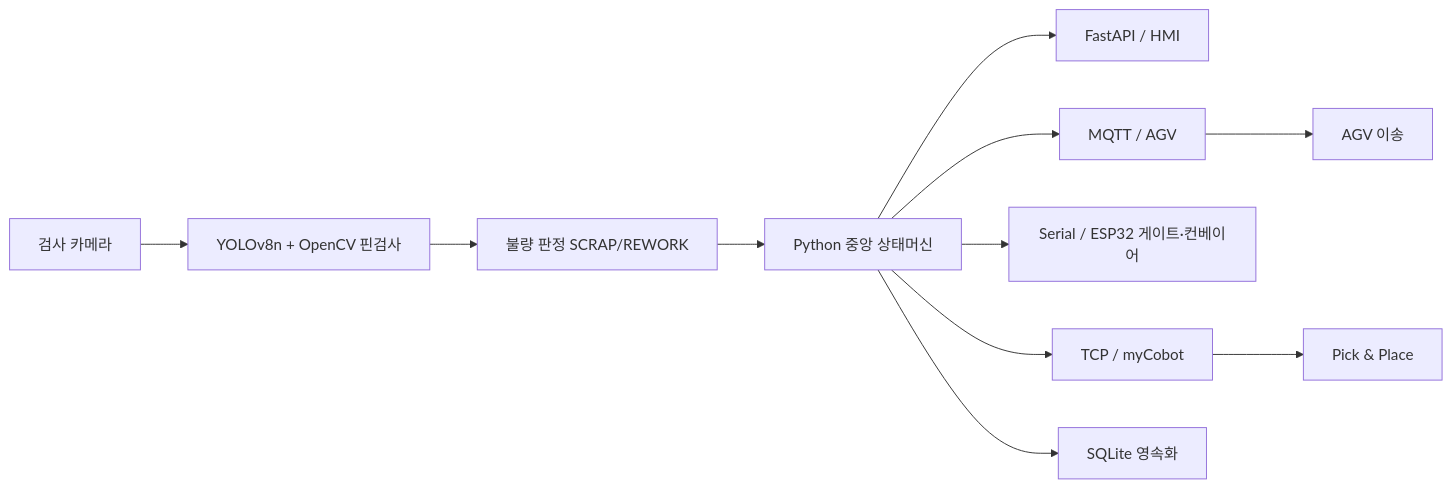
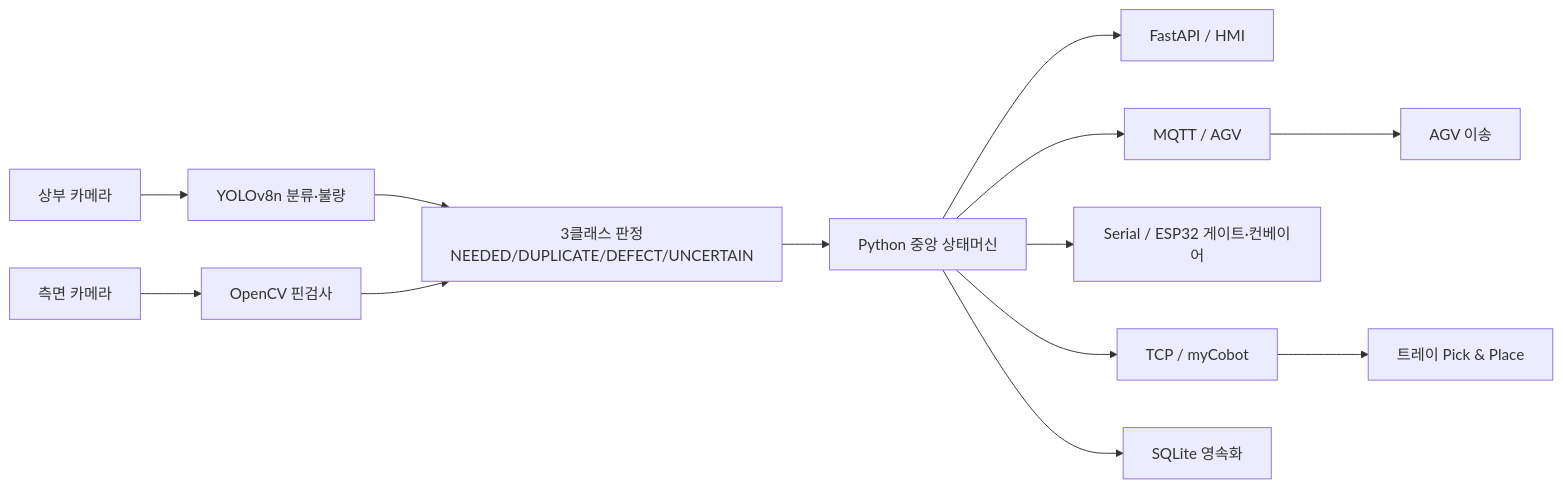
Before and after one commit to jaeni01/VisiPick: the diagram in README.md, drawn with Mermaid. The commit also changed other lines of this file, not shown here.

````diff
--- a/README.md
+++ b/README.md
@@ -47,13 +49,15 @@
 ```mermaid
 flowchart LR
-  CAM["검사 카메라"] --> VISION["YOLOv8n + OpenCV 핀검사"]
-  VISION --> JUDGE["불량 판정 SCRAP/REWORK"]
-  JUDGE --> FSM["Python 중앙 상태머신"]
+  CAM_T["상부 카메라"] --> VISION_T["YOLOv8n 분류·불량"]
+  CAM_S["측면 카메라"] --> VISION_S["OpenCV 핀검사"]
+  VISION_T --> DEC["3클래스 판정<br/>NEEDED/DUPLICATE/DEFECT/UNCERTAIN"]
+  VISION_S --> DEC
+  DEC --> FSM["Python 중앙 상태머신"]
   FSM --> HMI["FastAPI / HMI"]
   FSM --> AGV["MQTT / AGV"]
   FSM --> ESP["Serial / ESP32 게이트·컨베이어"]
   FSM --> COBOT["TCP / myCobot"]
-  COBOT --> PICK["Pick & Place"]
+  COBOT --> PICK["트레이 Pick & Place"]
   AGV --> MOVE["AGV 이송"]
   FSM --> DB["SQLite 영속화"]
 ```
````
